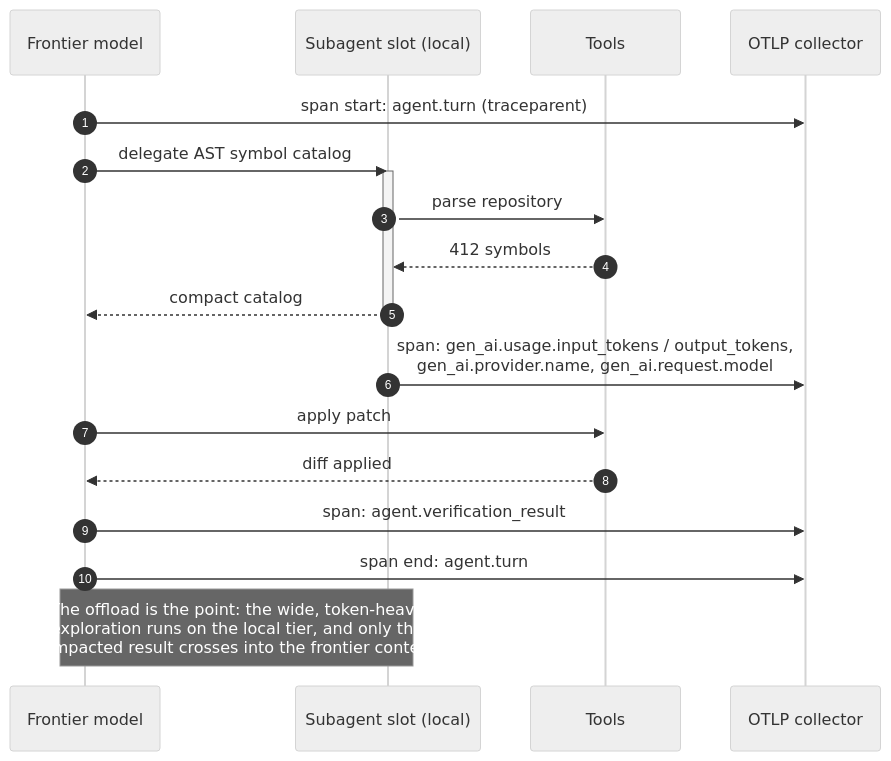
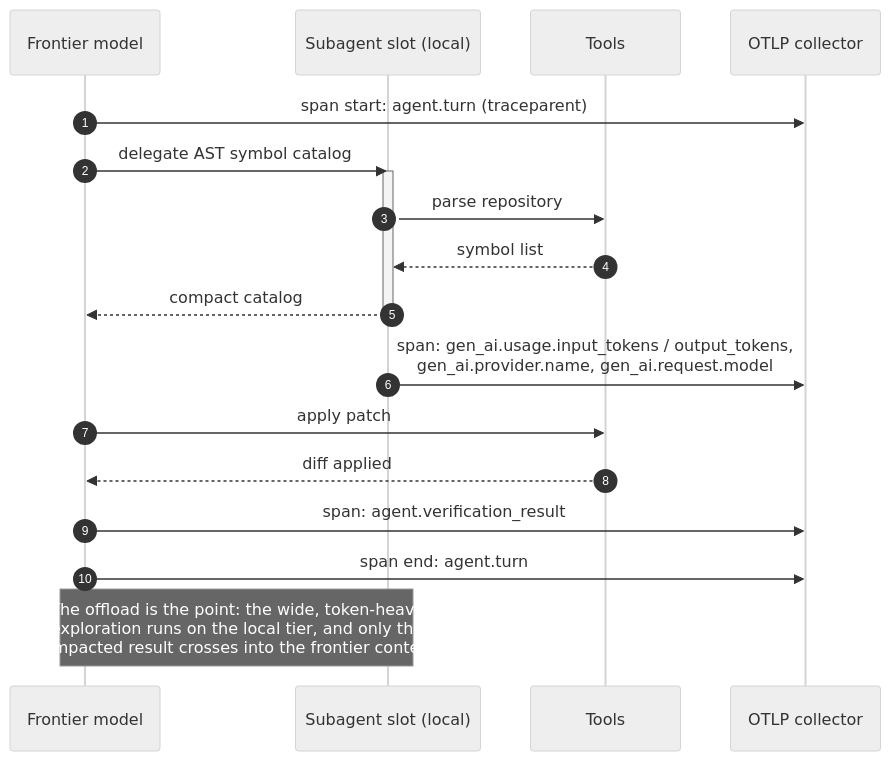
The diagram in examples/agent-telemetry-trace-generator/README.md (dan-petty/vibes), drawn with Mermaid (neutral theme) before and after one commit. The commit also changed other lines of this file and 248 other files, not shown here.

````diff
--- a/examples/agent-telemetry-trace-generator/README.md
+++ b/examples/agent-telemetry-trace-generator/README.md
@@ -16,24 +16,24 @@
 ```mermaid
 sequenceDiagram
     autonumber
     participant F as Frontier model
     participant S as Subagent slot (local)
     participant T as Tools
     participant O as OTLP collector
 
     F->>O: span start: agent.turn (traceparent)
     F->>S: delegate AST symbol catalog
     activate S
     S->>T: parse repository
-    T-->>S: 412 symbols
+    T-->>S: symbol list
     S-->>F: compact catalog
     deactivate S
     S->>O: span: gen_ai.usage.input_tokens / output_tokens,<br/>gen_ai.provider.name, gen_ai.request.model
 
     F->>T: apply patch
     T-->>F: diff applied
     F->>O: span: agent.verification_result
     F->>O: span end: agent.turn
 
     Note over F,S: The offload is the point: the wide, token-heavy<br/>exploration runs on the local tier, and only the<br/>compacted result crosses into the frontier context.
 ```
````
